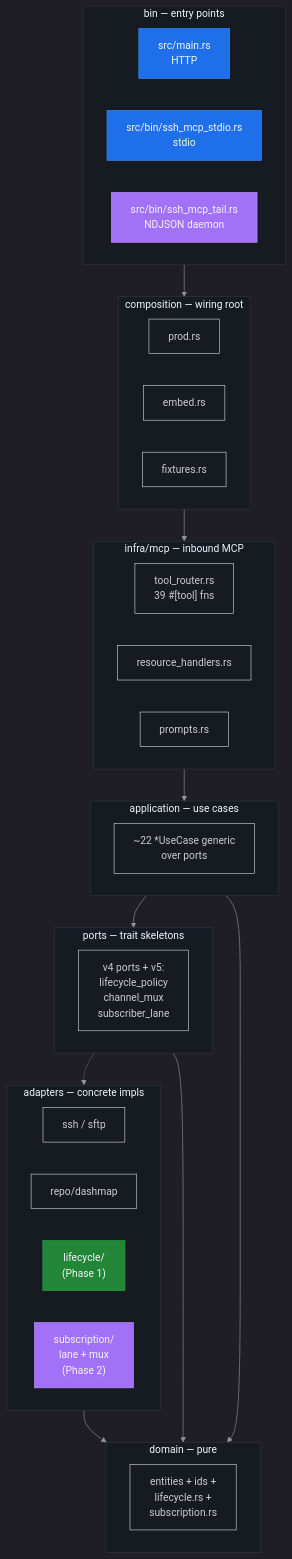
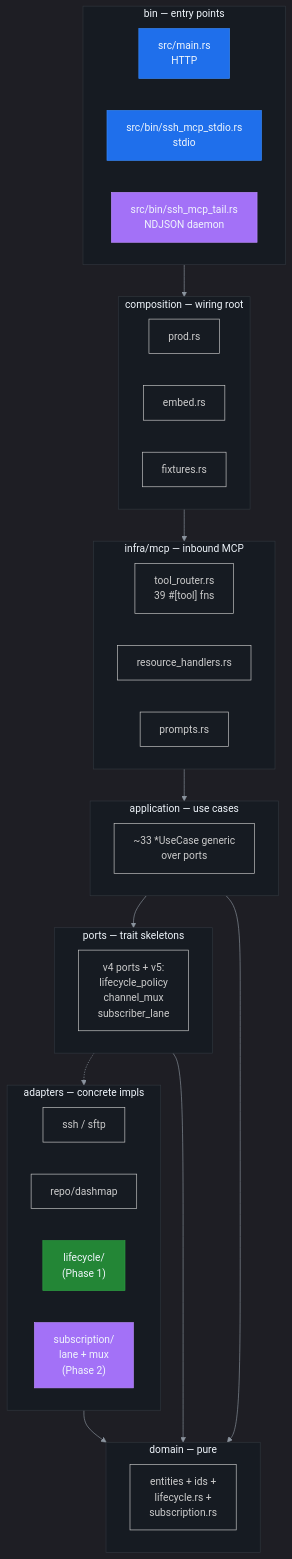
Before and after one commit to farchanjo/ssh-mcp: the first of 3 diagrams in AGENTS.md, drawn with Mermaid. The commit also changed other lines of this file, not shown here.

````diff
--- a/AGENTS.md
+++ b/AGENTS.md
@@ -28,56 +28,56 @@
 ```mermaid
 %%{init: {'theme':'dark','themeVariables':{'primaryColor':'#1f6feb','primaryTextColor':'#f0f6fc','primaryBorderColor':'#388bfd','lineColor':'#8b949e','secondaryColor':'#161b22','tertiaryColor':'#21262d','background':'#0d1117','mainBkg':'#161b22','secondBkg':'#21262d','tertiaryBkg':'#0d1117','nodeTextColor':'#f0f6fc','edgeLabelBackground':'#21262d','clusterBkg':'#161b22','clusterBorder':'#30363d','titleColor':'#f0f6fc'}}}%%
 flowchart TB
     subgraph BIN["bin — entry points"]
         HTTP["src/main.rs<br/>HTTP"]
         STDIO["src/bin/ssh_mcp_stdio.rs<br/>stdio"]
         TAIL["src/bin/ssh_mcp_tail.rs<br/>NDJSON daemon"]
     end
     subgraph COMP["composition — wiring root"]
         PROD["prod.rs"]
         EMBED["embed.rs"]
         FIX["fixtures.rs"]
     end
     subgraph INFRA["infra/mcp — inbound MCP"]
         TR["tool_router.rs<br/>39 #[tool] fns"]
         RES["resource_handlers.rs"]
         PROMPTS["prompts.rs"]
     end
     subgraph APP["application — use cases"]
-        UC["~22 *UseCase generic<br/>over ports"]
+        UC["~33 *UseCase generic<br/>over ports"]
     end
     subgraph PORTS["ports — trait skeletons"]
         VPORTS["v4 ports + v5:<br/>lifecycle_policy<br/>channel_mux<br/>subscriber_lane"]
     end
     subgraph ADAPT["adapters — concrete impls"]
         RUSSH["ssh / sftp"]
         REPO["repo/dashmap"]
         LIFE["lifecycle/<br/>(Phase 1)"]
         SUBLANE["subscription/<br/>lane + mux<br/>(Phase 2)"]
     end
     subgraph DOMAIN["domain — pure"]
         ENT["entities + ids +<br/>lifecycle.rs +<br/>subscription.rs"]
     end
 
     BIN --> COMP
     COMP --> INFRA
     INFRA --> APP
     APP --> PORTS
     PORTS -.-> ADAPT
     ADAPT --> DOMAIN
     APP --> DOMAIN
     PORTS --> DOMAIN
 
     style BIN fill:#161b22,color:#f0f6fc,stroke:#30363d
     style COMP fill:#161b22,color:#f0f6fc,stroke:#30363d
     style INFRA fill:#161b22,color:#f0f6fc,stroke:#30363d
     style APP fill:#161b22,color:#f0f6fc,stroke:#30363d
     style PORTS fill:#161b22,color:#f0f6fc,stroke:#30363d
     style ADAPT fill:#161b22,color:#f0f6fc,stroke:#30363d
     style DOMAIN fill:#161b22,color:#f0f6fc,stroke:#30363d
     style HTTP fill:#1f6feb,color:#f0f6fc,stroke:#388bfd
     style STDIO fill:#1f6feb,color:#f0f6fc,stroke:#388bfd
     style TAIL fill:#a371f7,color:#f0f6fc,stroke:#bc8cff
     style LIFE fill:#238636,color:#f0f6fc,stroke:#2ea043
     style SUBLANE fill:#a371f7,color:#f0f6fc,stroke:#bc8cff
 ```
````
